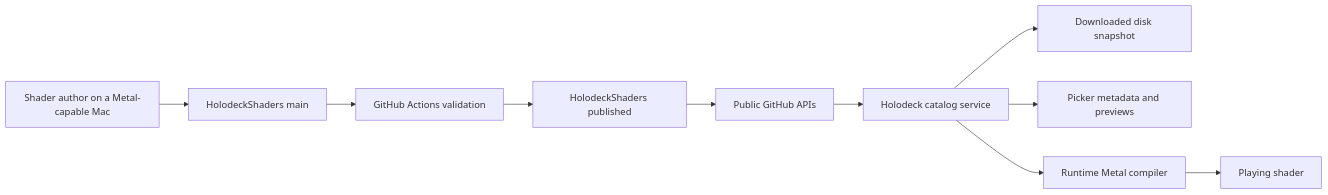
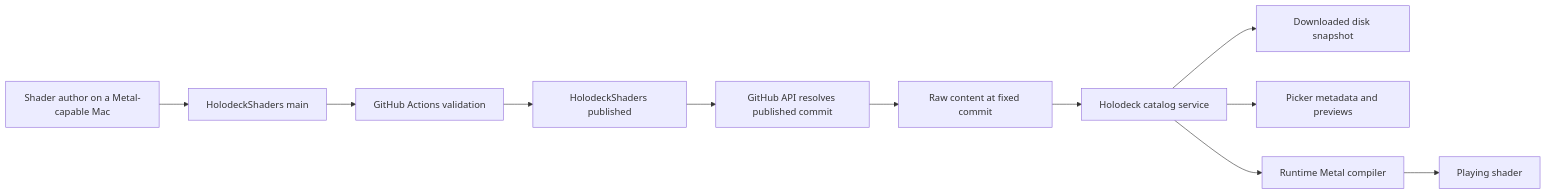
Before and after one commit to hbmartin/Holodeck: the first of 4 diagrams in docs/shader-catalog-workflow.md, drawn with Mermaid. The commit also changed other lines of this file and 25 other files, not shown here.

````diff
--- a/docs/shader-catalog-workflow.md
+++ b/docs/shader-catalog-workflow.md
@@ -15,12 +15,13 @@
 ```mermaid
 flowchart LR
     Author[Shader author on a Metal-capable Mac] --> Main[HolodeckShaders main]
     Main --> CI[GitHub Actions validation]
     CI --> Published[HolodeckShaders published]
-    Published --> API[Public GitHub APIs]
-    API --> Service[Holodeck catalog service]
+    Published --> API[GitHub API resolves published commit]
+    API --> Raw[Raw content at fixed commit]
+    Raw --> Service[Holodeck catalog service]
     Service --> Cache[Downloaded disk snapshot]
     Service --> Picker[Picker metadata and previews]
     Service --> Compiler[Runtime Metal compiler]
     Compiler --> Renderer[Playing shader]
 ```
````
